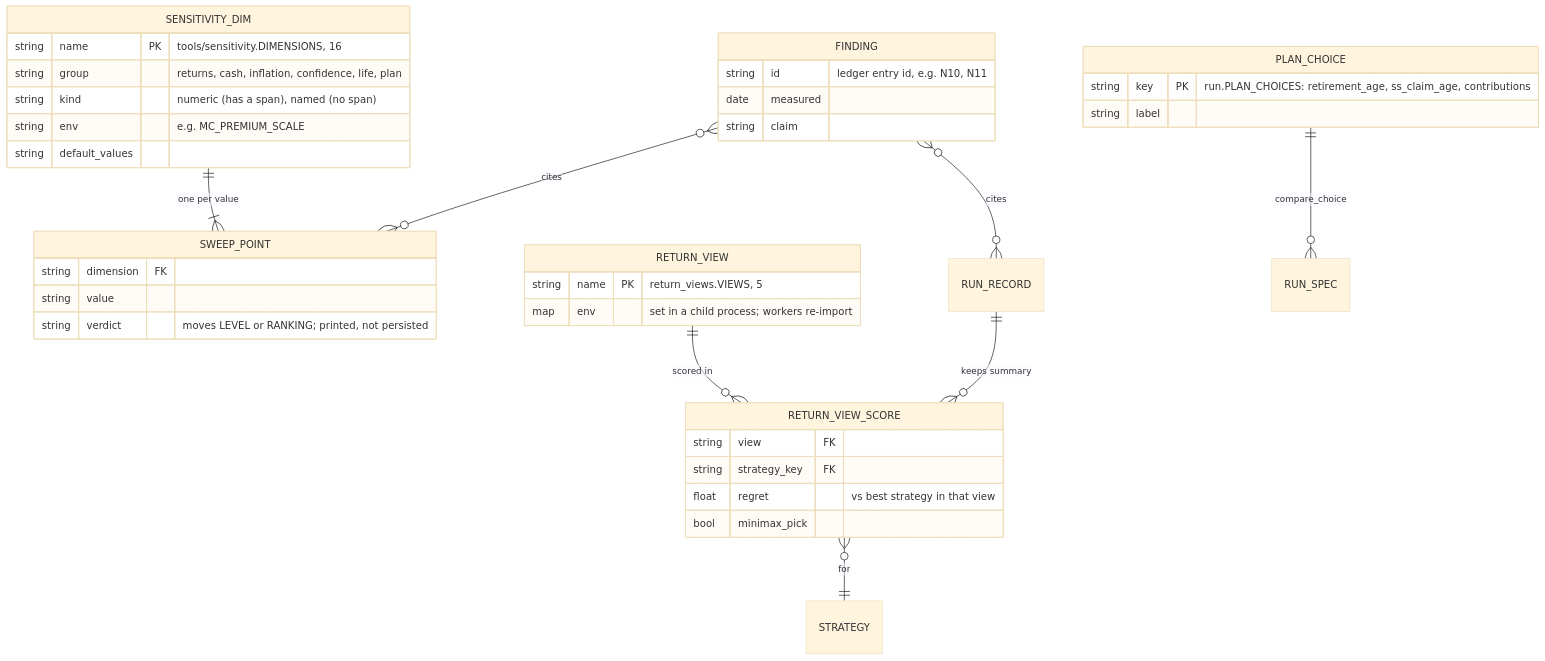
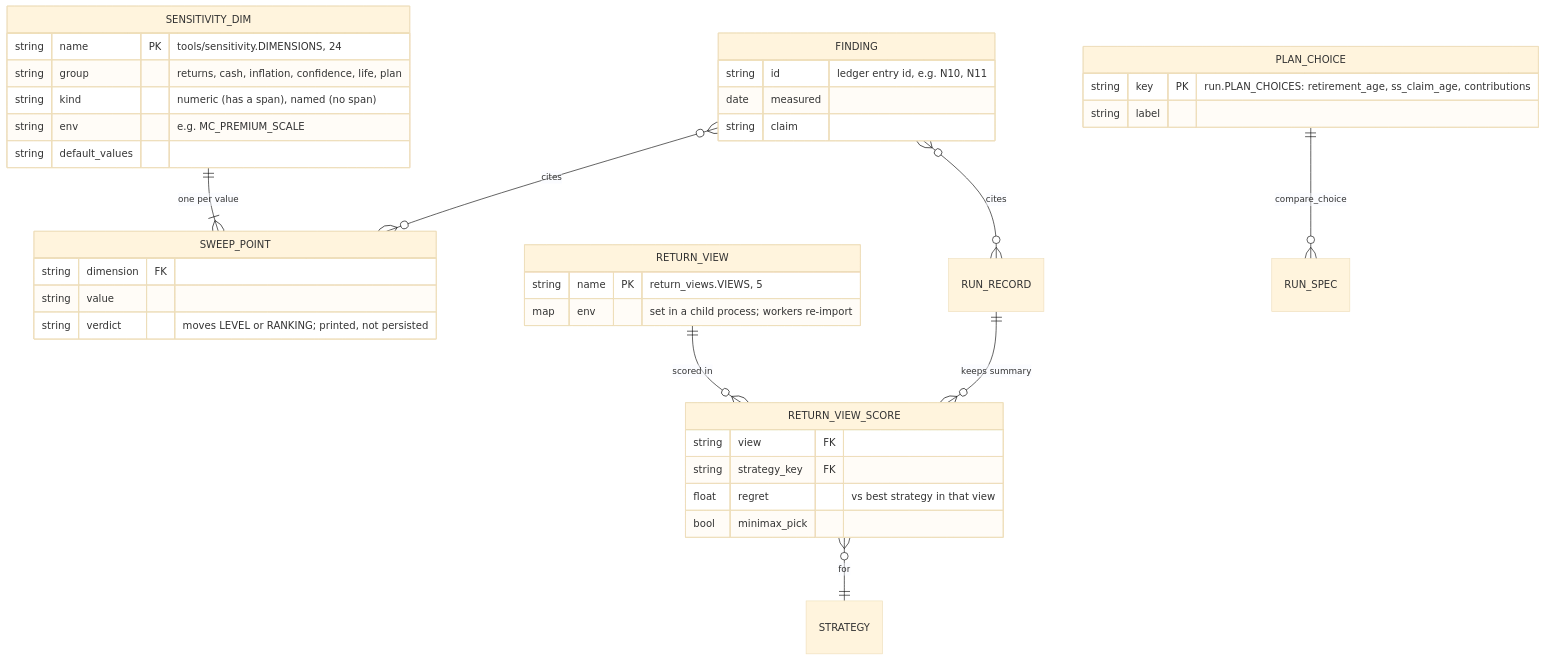
The fifth of 5 diagrams in docs/ERD.md (MP2EZ/monte-carlo-portfolio), drawn with Mermaid (base theme) before and after one commit. The commit also changed other lines of this file and 2 other files, not shown here.

````diff
--- a/docs/ERD.md
+++ b/docs/ERD.md
@@ -264,42 +274,42 @@
 ```mermaid
 erDiagram
     SENSITIVITY_DIM {
-        string name PK "tools/sensitivity.DIMENSIONS, 16"
+        string name PK "tools/sensitivity.DIMENSIONS, 24"
         string group "returns, cash, inflation, confidence, life, plan"
         string kind "numeric (has a span), named (no span)"
         string env "e.g. MC_PREMIUM_SCALE"
         string default_values
     }
     SWEEP_POINT {
         string dimension FK
         string value
         string verdict "moves LEVEL or RANKING; printed, not persisted"
     }
     RETURN_VIEW {
         string name PK "return_views.VIEWS, 5"
         map env "set in a child process; workers re-import"
     }
     RETURN_VIEW_SCORE {
         string view FK
         string strategy_key FK
         float regret "vs best strategy in that view"
         bool minimax_pick
     }
     PLAN_CHOICE {
         string key PK "run.PLAN_CHOICES: retirement_age, ss_claim_age, contributions"
         string label
     }
     FINDING {
         string id "ledger entry id, e.g. N10, N11"
         date measured
         string claim
     }
 
     SENSITIVITY_DIM ||--|{ SWEEP_POINT : "one per value"
     RETURN_VIEW ||--o{ RETURN_VIEW_SCORE : "scored in"
     RUN_RECORD ||--o{ RETURN_VIEW_SCORE : "keeps summary"
     RETURN_VIEW_SCORE }o--|| STRATEGY : "for"
     PLAN_CHOICE ||--o{ RUN_SPEC : "compare_choice"
     FINDING }o--o{ RUN_RECORD : "cites"
     FINDING }o--o{ SWEEP_POINT : "cites"
 ```
````
